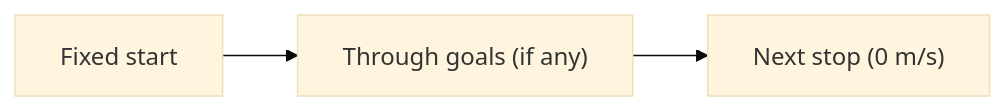
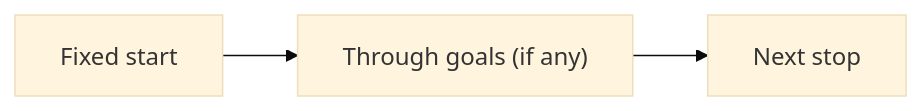
The second of 2 diagrams in shared/src/main/java/com/team581/trailblazer2/planning/01-path-geometry-and-kinematics.md (team581/offseason-2026), drawn with Mermaid (base theme) before and after one commit. The commit also changed other lines of this file and 7 other files, not shown here.

````diff
--- a/shared/src/main/java/com/team581/trailblazer2/planning/01-path-geometry-and-kinematics.md
+++ b/shared/src/main/java/com/team581/trailblazer2/planning/01-path-geometry-and-kinematics.md
@@ -157,4 +145,4 @@
 ```mermaid
 flowchart LR
-    Start["Fixed start"] --> A["Through goals (if any)"] --> Stop["Next stop (0 m/s)"]
+    Start["Fixed start"] --> A["Through goals (if any)"] --> Stop["Next stop"]
 ```
````
